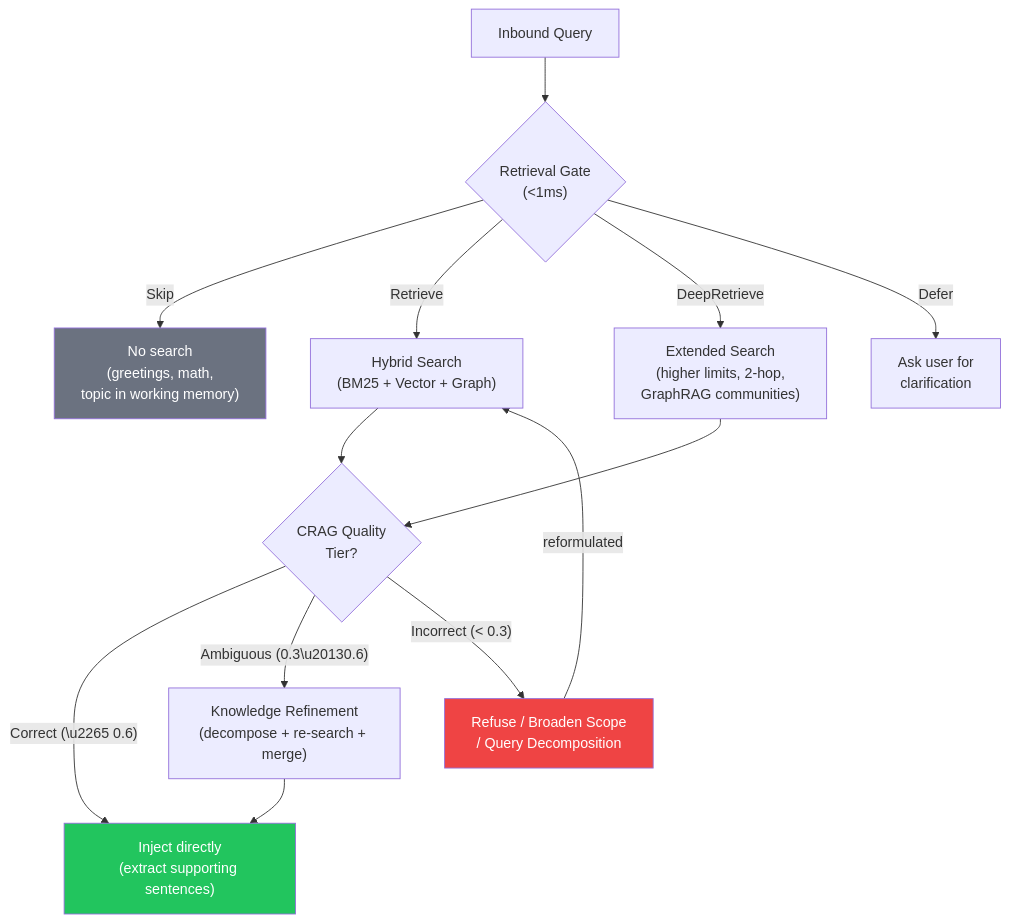
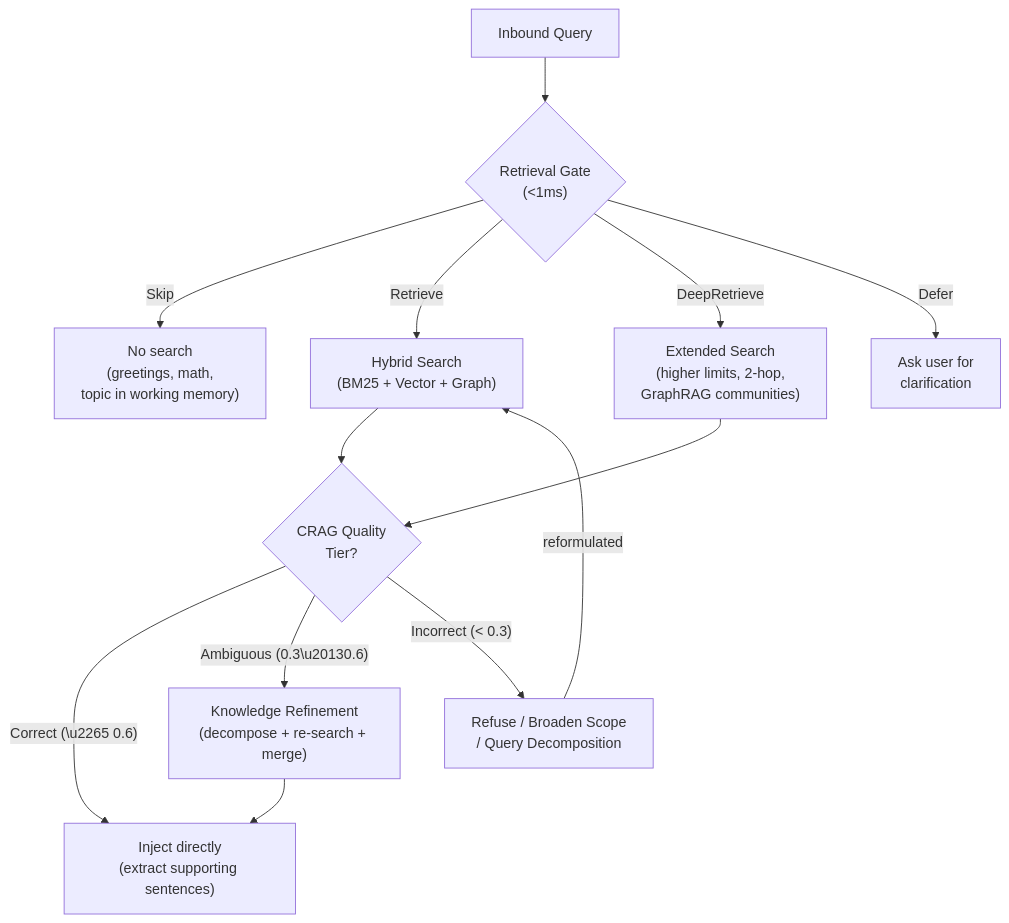
The fifth of 18 diagrams in ENGRAM.md (elisplash/paw), drawn with Mermaid before and after one commit. The commit also changed other lines of this file, not shown here.

Commit message:
docs: add mermaid diagrams throughout ENGRAM.md for visual improvement

````diff
--- a/ENGRAM.md
+++ b/ENGRAM.md
@@ -410,24 +404,20 @@
 ```mermaid
 flowchart TD
     Q["Inbound Query"] --> GATE{"Retrieval Gate\n(<1ms)"}
 
     GATE -- "Skip" --> SKIP["No search\n(greetings, math,\ntopic in working memory)"]
     GATE -- "Retrieve" --> SEARCH["Hybrid Search\n(BM25 + Vector + Graph)"]
     GATE -- "DeepRetrieve" --> DEEP["Extended Search\n(higher limits, 2-hop,\nGraphRAG communities)"]
 
     SEARCH --> QC{"CRAG Quality\nTier?"}
     DEEP --> QC
 
     QC -- "Correct (\u2265 0.6)" --> INJECT["Inject directly\n(extract supporting sentences)"]
     QC -- "Ambiguous (0.3\u20130.6)" --> REFINE["Knowledge Refinement\n(decompose + re-search + merge)"]
     QC -- "Incorrect (< 0.3)" --> REFUSE["Refuse / Broaden Scope\n/ Query Decomposition"]
 
     REFINE --> INJECT
     REFUSE -- "reformulated" --> SEARCH
 
     GATE -- "Defer" --> ASK["Ask user for\nclarification"]
-
-    style SKIP fill:#6b7280,color:#fff
-    style INJECT fill:#22c55e,color:#fff
-    style REFUSE fill:#ef4444,color:#fff
 ```
````
